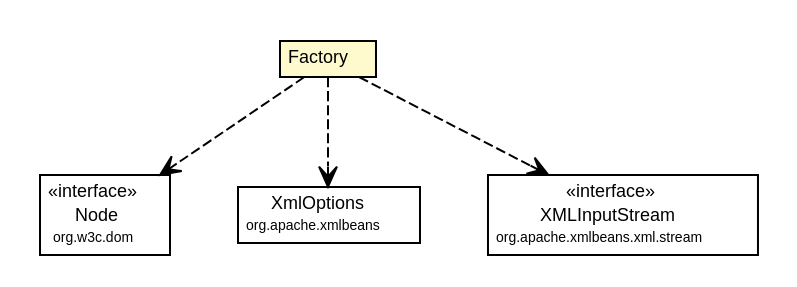
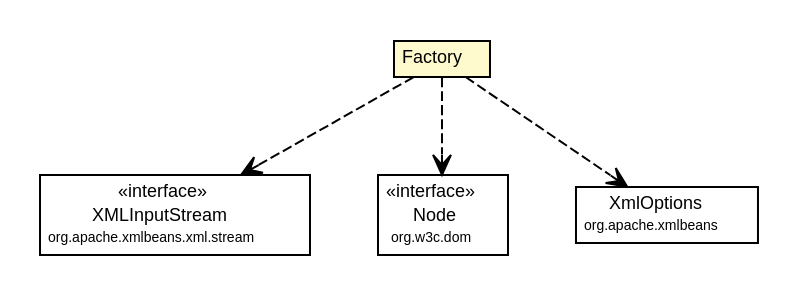
Before and after one commit to synchronoss/cpo-api: the diagram in site/apidocs/org/synchronoss/cpo/core/cpoCoreConfig/CtMetaDescriptor.Factory.dot, drawn with Graphviz. The commit also changed 874 other files, not shown here.

```diff
--- a/site/apidocs/org/synchronoss/cpo/core/cpoCoreConfig/CtMetaDescriptor.Factory.dot
+++ b/site/apidocs/org/synchronoss/cpo/core/cpoCoreConfig/CtMetaDescriptor.Factory.dot
@@ -1,45 +1,45 @@
 #!/usr/local/bin/dot
 #
 # Class diagram 
 # Generated by UmlGraph version 4.6 (http://www.spinellis.gr/sw/umlgraph)
 #
 
 digraph G {
 	edge [fontname="Helvetica",fontsize=10,labelfontname="Helvetica",labelfontsize=10];
 	node [fontname="Helvetica",fontsize=10,shape=plaintext];
 	// org.synchronoss.cpo.core.cpoCoreConfig.CtMetaDescriptor.Factory
 	c28538 [label=<<table border="0" cellborder="1" cellspacing="0" cellpadding="2" port="p" bgcolor="lemonChiffon" href="./CtMetaDescriptor.Factory.html">
 		<tr><td><table border="0" cellspacing="0" cellpadding="1">
 			<tr><td> Factory </td></tr>
 		</table></td></tr>
 		</table>>, fontname="Helvetica", fontcolor="black", fontsize=9.0];
+	// org.synchronoss.cpo.core.cpoCoreConfig.CtMetaDescriptor.Factory DEPEND org.apache.xmlbeans.xml.stream.XMLInputStream
+	c28538:p -> c28657:p [taillabel="", label="", headlabel="", fontname="Helvetica", fontcolor="black", fontsize=10.0, color="black", arrowhead=open, style=dashed];
 	// org.synchronoss.cpo.core.cpoCoreConfig.CtMetaDescriptor.Factory DEPEND org.w3c.dom.Node
-	c28538:p -> c28657:p [taillabel="", label="", headlabel="", fontname="Helvetica", fontcolor="black", fontsize=10.0, color="black", arrowhead=open, style=dashed];
+	c28538:p -> c28658:p [taillabel="", label="", headlabel="", fontname="Helvetica", fontcolor="black", fontsize=10.0, color="black", arrowhead=open, style=dashed];
 	// org.synchronoss.cpo.core.cpoCoreConfig.CtMetaDescriptor.Factory DEPEND org.apache.xmlbeans.XmlOptions
-	c28538:p -> c28658:p [taillabel="", label="", headlabel="", fontname="Helvetica", fontcolor="black", fontsize=10.0, color="black", arrowhead=open, style=dashed];
-	// org.synchronoss.cpo.core.cpoCoreConfig.CtMetaDescriptor.Factory DEPEND org.apache.xmlbeans.xml.stream.XMLInputStream
 	c28538:p -> c28659:p [taillabel="", label="", headlabel="", fontname="Helvetica", fontcolor="black", fontsize=10.0, color="black", arrowhead=open, style=dashed];
 	// org.apache.xmlbeans.xml.stream.XMLInputStream
-	c28659 [label=<<table border="0" cellborder="1" cellspacing="0" cellpadding="2" port="p" href="http://java.sun.com/j2se/1.4.2/docs/api/org/apache/xmlbeans/xml/stream/XMLInputStream.html">
+	c28657 [label=<<table border="0" cellborder="1" cellspacing="0" cellpadding="2" port="p" href="http://java.sun.com/j2se/1.4.2/docs/api/org/apache/xmlbeans/xml/stream/XMLInputStream.html">
 		<tr><td><table border="0" cellspacing="0" cellpadding="1">
 			<tr><td> &laquo;interface&raquo; </td></tr>
 			<tr><td> XMLInputStream </td></tr>
 			<tr><td><font point-size="7.0"> org.apache.xmlbeans.xml.stream </font></td></tr>
 		</table></td></tr>
 		</table>>, fontname="Helvetica", fontcolor="black", fontsize=9.0];
 	// org.apache.xmlbeans.XmlOptions
-	c28658 [label=<<table border="0" cellborder="1" cellspacing="0" cellpadding="2" port="p" href="http://java.sun.com/j2se/1.4.2/docs/api/org/apache/xmlbeans/XmlOptions.html">
+	c28659 [label=<<table border="0" cellborder="1" cellspacing="0" cellpadding="2" port="p" href="http://java.sun.com/j2se/1.4.2/docs/api/org/apache/xmlbeans/XmlOptions.html">
 		<tr><td><table border="0" cellspacing="0" cellpadding="1">
 			<tr><td> XmlOptions </td></tr>
 			<tr><td><font point-size="7.0"> org.apache.xmlbeans </font></td></tr>
 		</table></td></tr>
 		</table>>, fontname="Helvetica", fontcolor="black", fontsize=9.0];
 	// org.w3c.dom.Node
-	c28657 [label=<<table border="0" cellborder="1" cellspacing="0" cellpadding="2" port="p" href="http://java.sun.com/j2se/1.4.2/docs/api/org/w3c/dom/Node.html">
+	c28658 [label=<<table border="0" cellborder="1" cellspacing="0" cellpadding="2" port="p" href="http://java.sun.com/j2se/1.4.2/docs/api/org/w3c/dom/Node.html">
 		<tr><td><table border="0" cellspacing="0" cellpadding="1">
 			<tr><td> &laquo;interface&raquo; </td></tr>
 			<tr><td> Node </td></tr>
 			<tr><td><font point-size="7.0"> org.w3c.dom </font></td></tr>
 		</table></td></tr>
 		</table>>, fontname="Helvetica", fontcolor="black", fontsize=9.0];
 }
```
